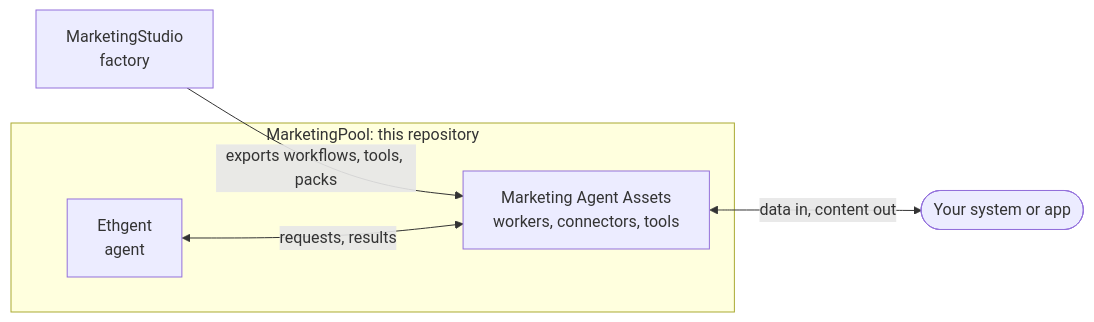
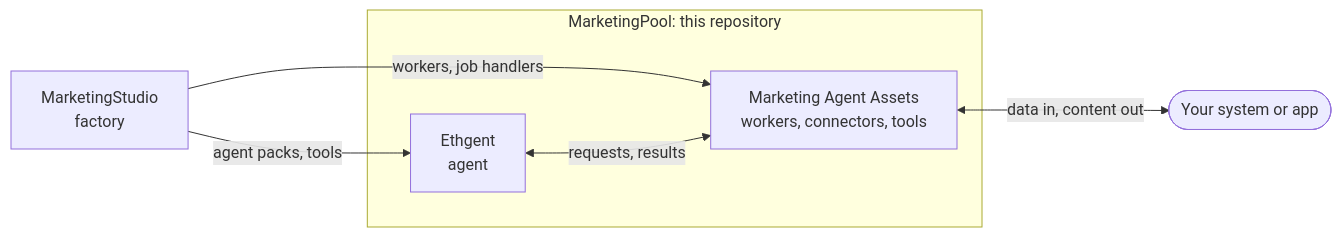
Before and after one commit to Ahmet2001/MarketingPool: the first of 2 diagrams in README.md, drawn with Mermaid. The commit also changed 2 other files, not shown here.

Commit message:
Docs: the Studio feeds the agent directly and the connection layer

````diff
--- a/README.md
+++ b/README.md
@@ -51,8 +51,9 @@
 ```mermaid
 flowchart LR
-    S[MarketingStudio<br/>factory] -->|exports workflows, tools, packs| A
+    S[MarketingStudio<br/>factory] -->|agent packs, tools| E
+    S -->|workers, job handlers| A
     subgraph Pool[MarketingPool: this repository]
         E[Ethgent<br/>agent] <-->|requests, results| A[Marketing Agent Assets<br/>workers, connectors, tools]
     end
     A <-->|data in, content out| Y([Your system or app])
 ```
````
